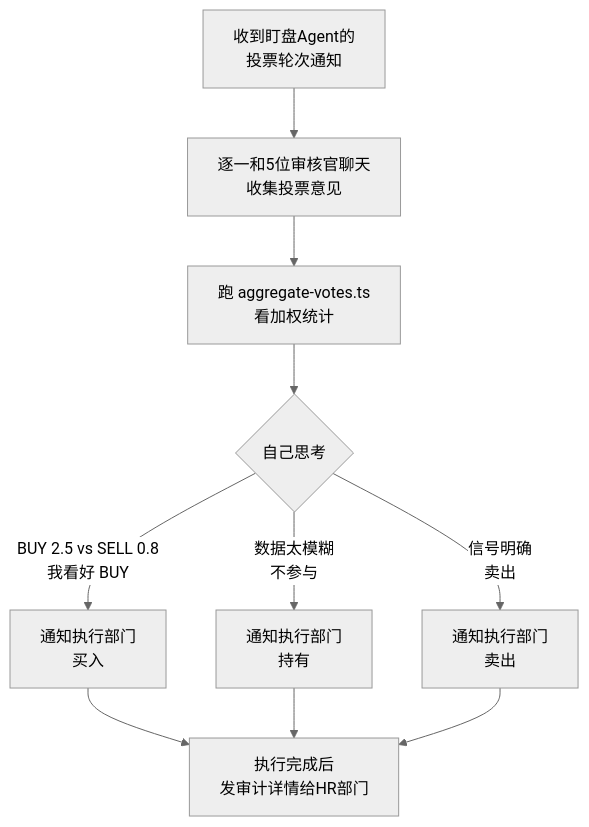
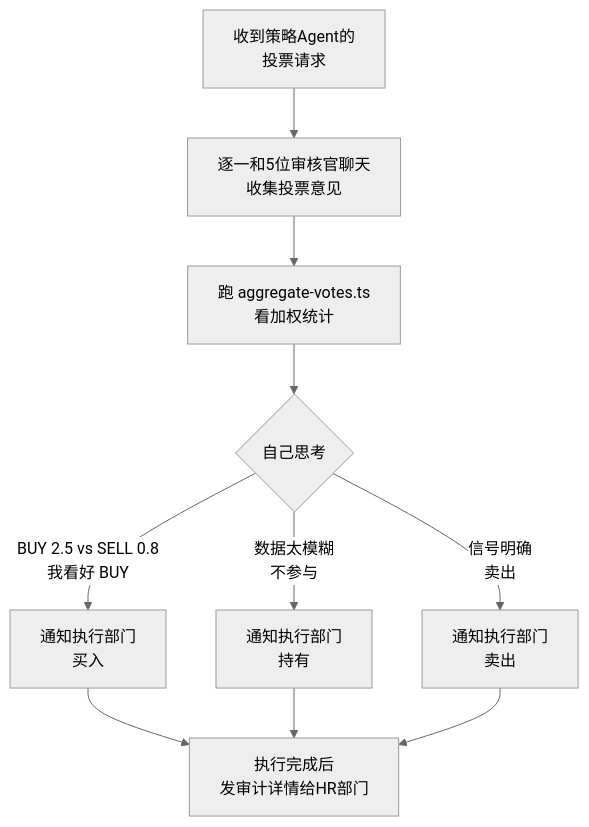
The second of 5 diagrams in docs/architecture.md (fantian007/hermes-trading-system), drawn with Mermaid (neutral theme) before and after one commit. The commit also changed other lines of this file and 11 other files, not shown here.

````diff
--- a/docs/architecture.md
+++ b/docs/architecture.md
@@ -186,12 +171,12 @@
 ```mermaid
 flowchart TB
-    START[收到盯盘Agent的<br/>投票轮次通知] --> CHAT[逐一和5位审核官聊天<br/>收集投票意见]
+    START[收到策略Agent的<br/>投票请求] --> CHAT[逐一和5位审核官聊天<br/>收集投票意见]
     CHAT --> STATS[跑 aggregate-votes.ts<br/>看加权统计]
     STATS --> JUDGE{自己思考}
     JUDGE -->|"BUY 2.5 vs SELL 0.8<br/>我看好 BUY"| BUY[通知执行部门<br/>买入]
     JUDGE -->|"数据太模糊<br/>不参与"| HOLD[通知执行部门<br/>持有]
     JUDGE -->|"信号明确<br/>卖出"| SELL[通知执行部门<br/>卖出]
     BUY --> DONE[执行完成后<br/>发审计详情给HR部门]
     HOLD --> DONE
     SELL --> DONE
 ```
````
